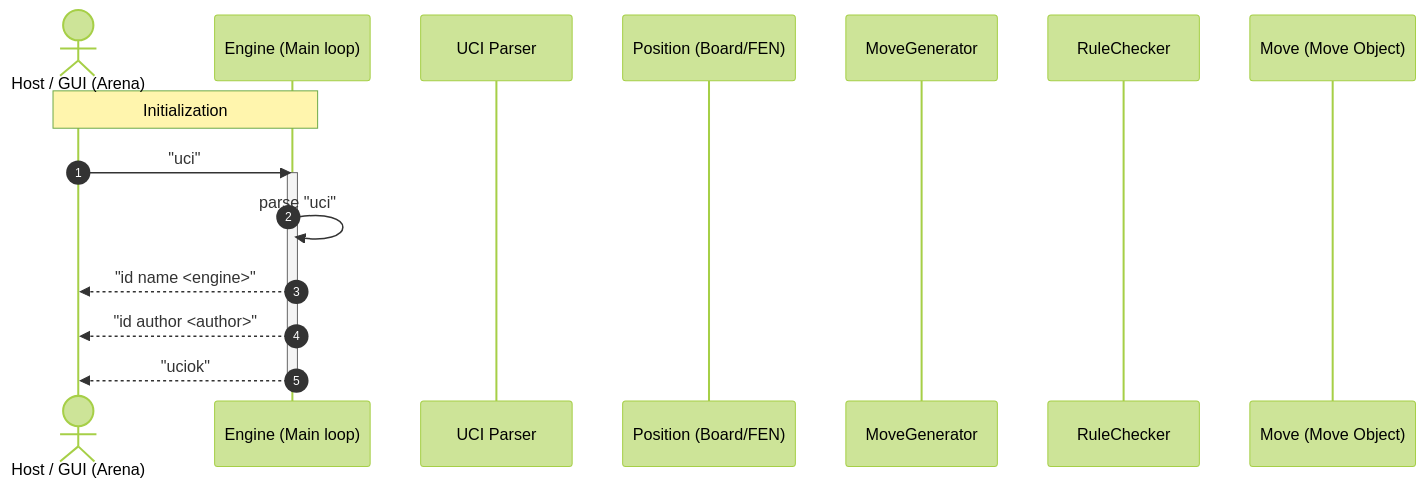
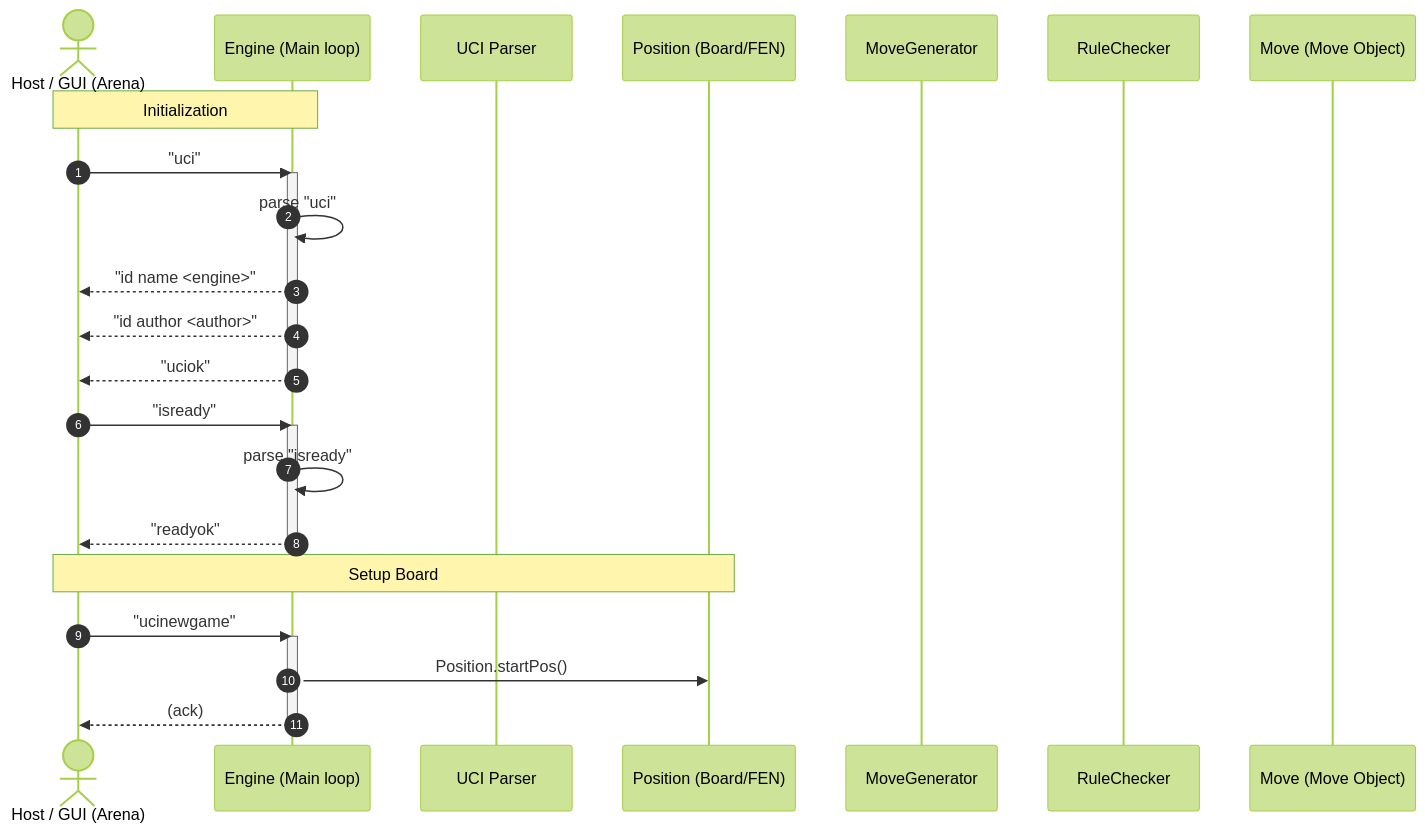
Before and after one commit to mnavarrete347/ChessGPT4: the diagram in sequenceDiagram.md, drawn with Mermaid (forest theme).

Commit message:
Ready Response and Position Setup commit

````diff
--- a/sequenceDiagram.md
+++ b/sequenceDiagram.md
@@ -1,26 +1,39 @@
 ```mermaid
 
 sequenceDiagram
     autonumber
     
     %% Define Actors and Participants
     actor Host as Host / GUI (Arena)
     participant Engine as Engine (Main loop)
     participant Parser as UCI Parser
     participant Position as Position (Board/FEN)
     participant MoveGen as MoveGenerator
     participant Rule as RuleChecker
     participant MoveObj as Move (Move Object)
 
     %% Initialization Phase
     Note over Host, Engine: Initialization
     Host ->> Engine: "uci"
     activate Engine
     Engine ->> Engine: parse "uci"
     Engine -->> Host: "id name <engine>"
     Engine -->> Host: "id author <author>"
     Engine -->> Host: "uciok"
     deactivate Engine
 
+    Host ->> Engine: "isready"
+    activate Engine
+    Engine ->> Engine: parse "isready"
+    Engine -->> Host: "readyok"
+    deactivate Engine
+
+    %% New Game and Position Setup
+    Note over Host, Position: Setup Board
+    Host ->> Engine: "ucinewgame"
+    activate Engine
+    Engine ->> Position: Position.startPos()
+    Engine -->> Host: (ack)
+    deactivate Engine
      
 ```
````
